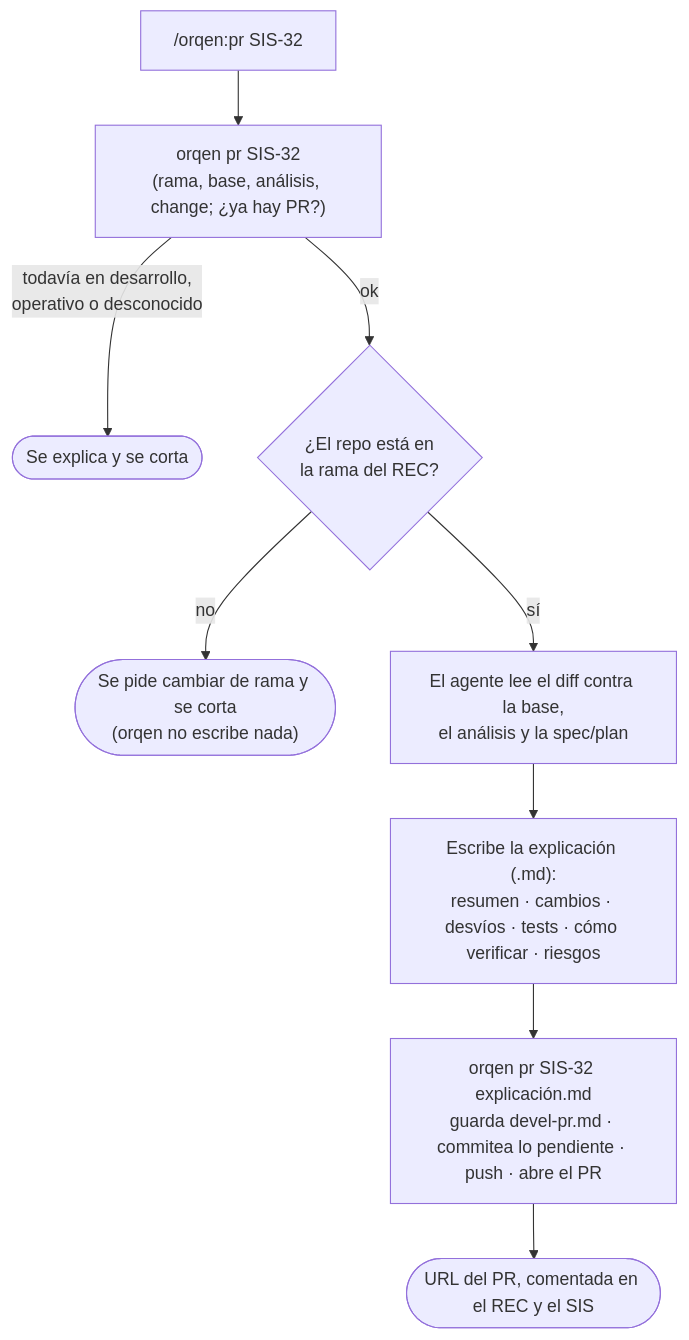
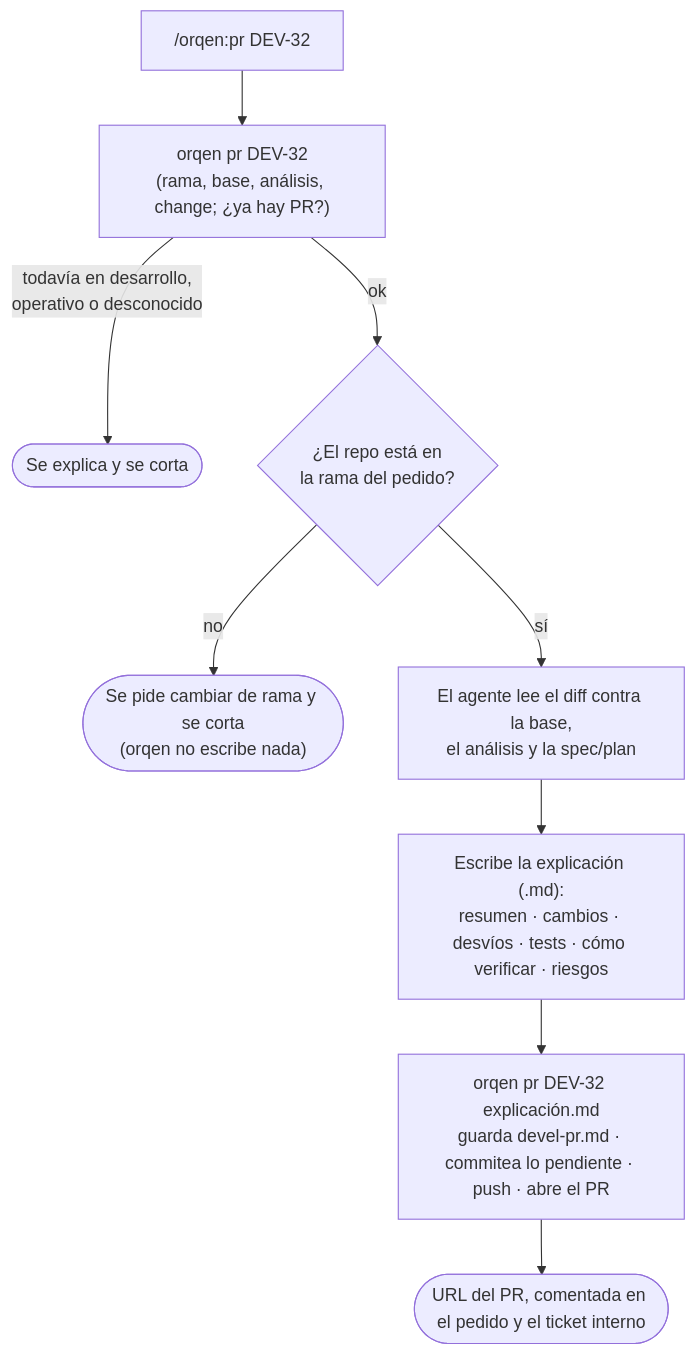
The fifth of 7 diagrams in README.md (sistemas-telpin/orqen), drawn with Mermaid before and after one commit. The commit also changed other lines of this file and 106 other files, not shown here.

````diff
--- a/README.md
+++ b/README.md
@@ -215,11 +215,11 @@
 ```mermaid
 flowchart TD
-    A["/orqen:pr SIS-32"] --> B["orqen pr SIS-32<br/>(rama, base, análisis, change; ¿ya hay PR?)"]
+    A["/orqen:pr DEV-32"] --> B["orqen pr DEV-32<br/>(rama, base, análisis, change; ¿ya hay PR?)"]
     B -->|"todavía en desarrollo,<br/>operativo o desconocido"| X(["Se explica y se corta"])
-    B -->|"ok"| R{"¿El repo está en<br/>la rama del REC?"}
+    B -->|"ok"| R{"¿El repo está en<br/>la rama del pedido?"}
     R -->|"no"| Y(["Se pide cambiar de rama y se corta<br/>(orqen no escribe nada)"])
     R -->|"sí"| C["El agente lee el diff contra la base,<br/>el análisis y la spec/plan"]
     C --> D["Escribe la explicación (.md):<br/>resumen · cambios · desvíos · tests · cómo verificar · riesgos"]
-    D --> E["orqen pr SIS-32 explicación.md<br/>guarda devel-pr.md · commitea lo pendiente · push · abre el PR"]
-    E --> F(["URL del PR, comentada en el REC y el SIS"])
+    D --> E["orqen pr DEV-32 explicación.md<br/>guarda devel-pr.md · commitea lo pendiente · push · abre el PR"]
+    E --> F(["URL del PR, comentada en el pedido y el ticket interno"])
 ```
````
